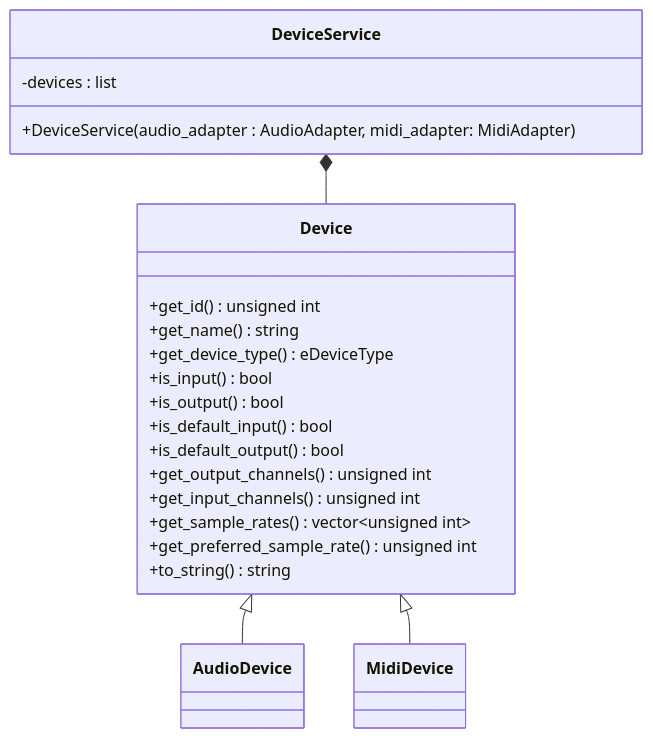
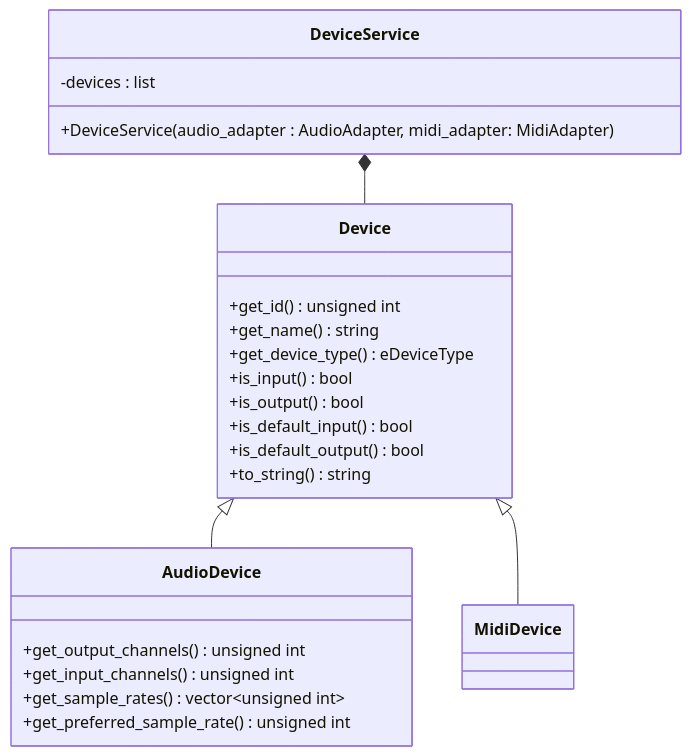
Before and after one commit to aidan-clyens/miniaudioengine: the tenth of 22 diagrams in docs/DESIGN_DOC.md, drawn with Mermaid. The commit also changed other lines of this file and 1 other file, not shown here.

````diff
--- a/docs/DESIGN_DOC.md
+++ b/docs/DESIGN_DOC.md
@@ -384,35 +379,34 @@
 ```mermaid
 classDiagram
 
     class DeviceService {
         -devices : list<Device>
         +DeviceService(audio_adapter : AudioAdapter, midi_adapter: MidiAdapter)
     }
 
     class Device {
         +get_id() unsigned int
         +get_name() string
         +get_device_type() eDeviceType
         +is_input() bool
         +is_output() bool
         +is_default_input() bool
         +is_default_output() bool
+        +to_string() string
+    }
+
+    class AudioDevice {
         +get_output_channels() unsigned int
         +get_input_channels() unsigned int
         +get_sample_rates() vector~unsigned int~
         +get_preferred_sample_rate() unsigned int
-        +to_string() string
-    }
-
-    class AudioDevice {
-
     }
 
     class MidiDevice {
 
     }
 
     DeviceService *-- Device
     Device <|-- AudioDevice
     Device <|-- MidiDevice
 ```
````
